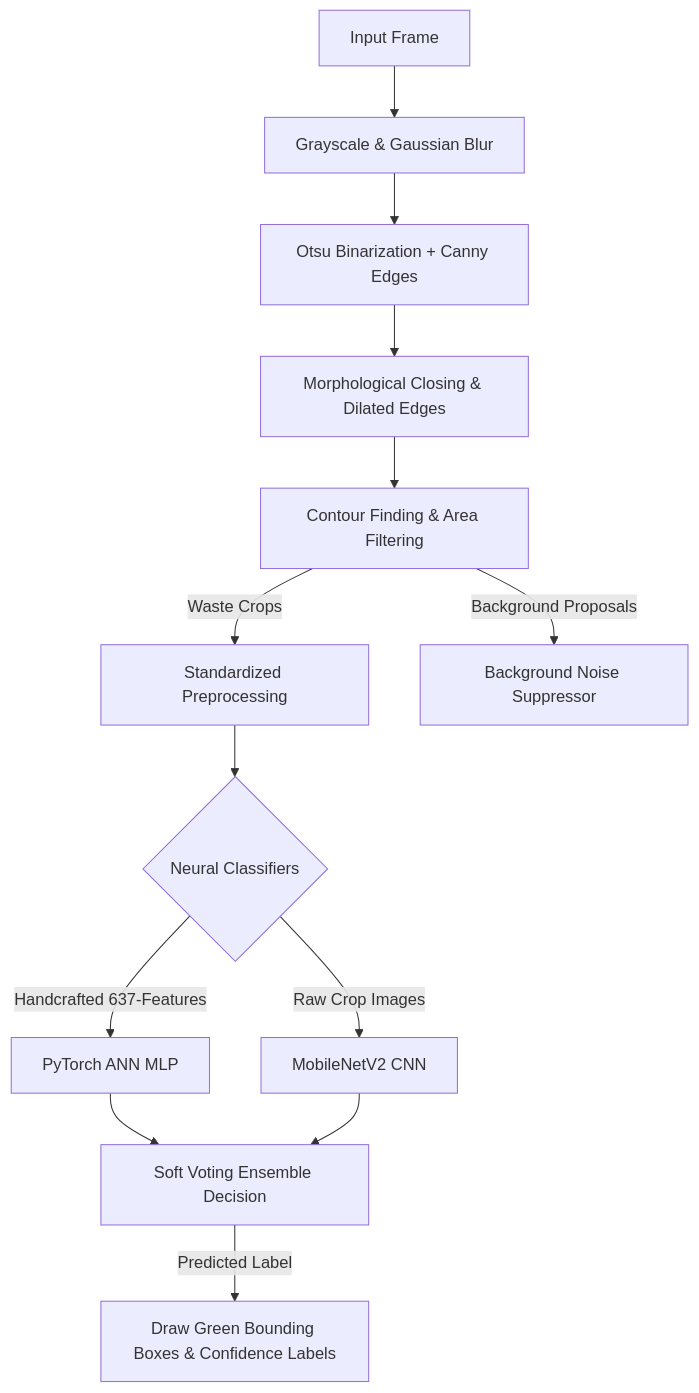
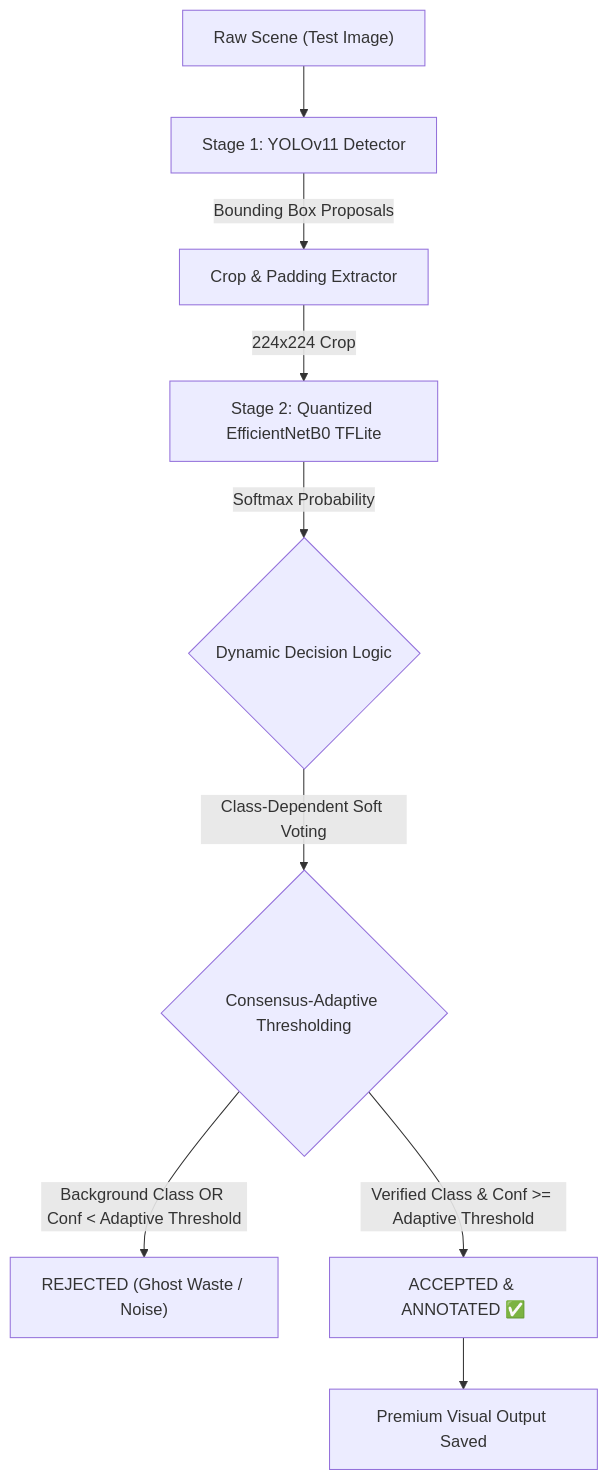
Before and after one commit to khoaph0712/Final-Year-Project-PDK: the diagram in README.md, drawn with Mermaid. The commit also changed other lines of this file, not shown here.

Commit message:
Rewrite README.md with YOLOv11 + EfficientNetB0 2-Stage Hierarchical pipeline details

````diff
--- a/README.md
+++ b/README.md
@@ -11,14 +13,11 @@
 ```mermaid
 graph TD
-    A[Input Frame] --> B[Grayscale & Gaussian Blur]
-    B --> C[Otsu Binarization + Canny Edges]
-    C --> D[Morphological Closing & Dilated Edges]
-    D --> E[Contour Finding & Area Filtering]
-    E -->|Waste Crops| F[Standardized Preprocessing]
-    E -->|Background Proposals| G[Background Noise Suppressor]
-    F --> H{Neural Classifiers}
-    H -->|Handcrafted 637-Features| I[PyTorch ANN MLP]
-    H -->|Raw Crop Images| J[MobileNetV2 CNN]
-    I & J --> K[Soft Voting Ensemble Decision]
-    K -->|Predicted Label| L[Draw Green Bounding Boxes & Confidence Labels]
+    A["Raw Scene (Test Image)"] --> B["Stage 1: YOLOv11 Detector"]
+    B -->|Bounding Box Proposals| C["Crop & Padding Extractor"]
+    C -->|224x224 Crop| D["Stage 2: Quantized EfficientNetB0 TFLite"]
+    D -->|Softmax Probability| E{"Dynamic Decision Logic"}
+    E -->|Class-Dependent Soft Voting| F{"Consensus-Adaptive Thresholding"}
+    F -->|Background Class OR Conf < Adaptive Threshold| G["REJECTED (Ghost Waste / Noise)"]
+    F -->|Verified Class & Conf >= Adaptive Threshold| H["ACCEPTED & ANNOTATED ✅"]
+    H --> I["Premium Visual Output Saved"]
 ```
````
